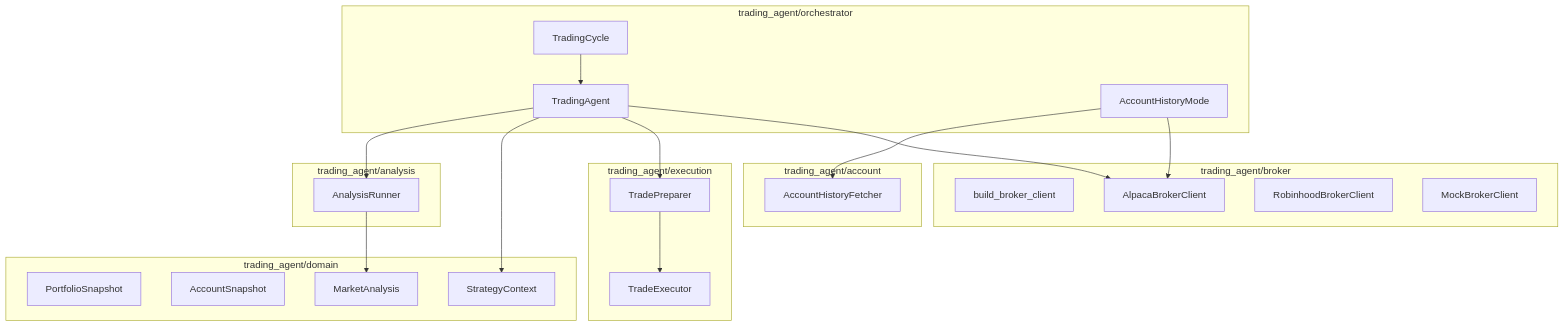
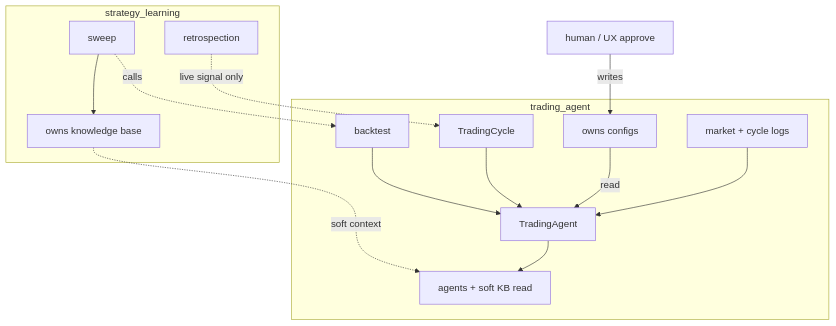
Before and after one commit to yetigong/trading-agent: the diagram in docs/agents/codebase.md, drawn with Mermaid. The commit also changed other lines of this file and 15 other files, not shown here.

First line of the commit message:
Add strategy_learning scaffold and document package boundaries (Phase 4.5.1).

````diff
--- a/docs/agents/codebase.md
+++ b/docs/agents/codebase.md
@@ -31,43 +38,27 @@
 ```mermaid
 flowchart TB
-    subgraph broker [trading_agent/broker]
-        FACTORY[build_broker_client]
-        AC[AlpacaBrokerClient]
-        RH[RobinhoodBrokerClient]
-        MOCK[MockBrokerClient]
+    subgraph ta [trading_agent]
+        TC[TradingCycle]
+        TA[TradingAgent]
+        BT[backtest]
+        Cfg[owns configs]
+        MD[market + cycle logs]
+        AG[agents + soft KB read]
     end
 
-    subgraph orchestrator [trading_agent/orchestrator]
-        TC[TradingCycle]
-        TA[TradingAgent]
-        AHM[AccountHistoryMode]
+    subgraph sl [strategy_learning]
+        KB[owns knowledge base]
+        Sweep[sweep]
+        Retro[retrospection]
     end
 
-    subgraph account [trading_agent/account]
-        AHF[AccountHistoryFetcher]
-    end
-
-    subgraph domain [trading_agent/domain]
-        PS[PortfolioSnapshot]
-        AS[AccountSnapshot]
-        MA[MarketAnalysis]
-        SC[StrategyContext]
-    end
-
-    subgraph analysis [trading_agent/analysis]
-        AR[AnalysisRunner]
-    end
-
-    subgraph execution [trading_agent/execution]
-        PRE[TradePreparer]
-        EXT[TradeExecutor]
-    end
-
-    TC --> TA
-    AHM --> AHF
-    TA --> AR --> MA
-    TA --> SC
-    TA --> PRE --> EXT
-    TA --> AC
-    AHM --> AC
+    TC --> TA --> AG
+    BT --> TA
+    Cfg -->|"read"| TA
+    MD --> TA
+    Retro -.->|"live signal only"| TC
+    Sweep -.->|"calls"| BT
+    Sweep --> KB
+    KB -.->|"soft context"| AG
+    Human[human / UX approve] -->|"writes"| Cfg
 ```
````
